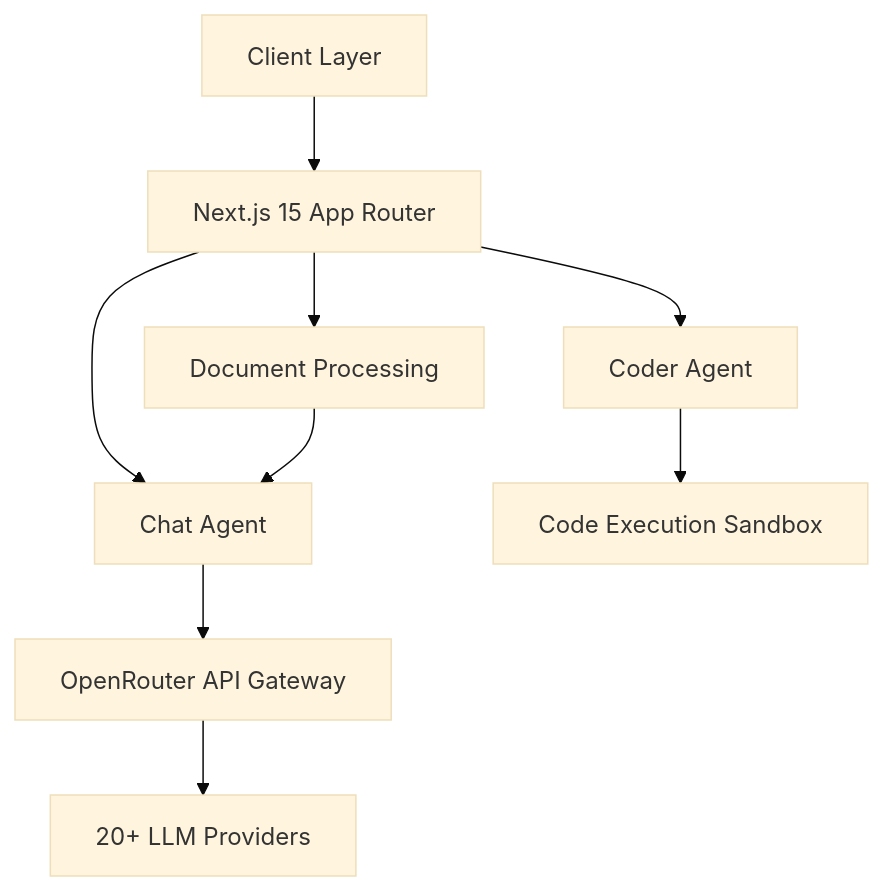
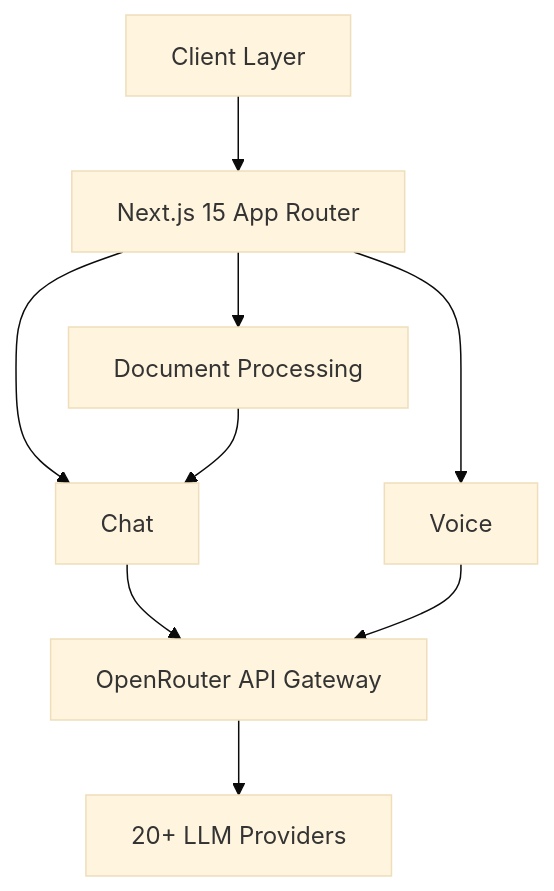
The diagram in README.md (Suryanshu-Nabheet/AiBoT), drawn with Mermaid (base theme) before and after one commit. The commit also changed other lines of this file and 32 other files, not shown here.

First line of the commit message:
refactor: remove coder mode and make voice standalone

````diff
--- a/README.md
+++ b/README.md
@@ -28,11 +28,11 @@
 ```mermaid
 graph TB
     A[Client Layer] --> B[Next.js 15 App Router]
-    B --> C[Chat Agent]
-    B --> D[Coder Agent]
-    B --> E[Document Processing]
+    B --> C[Chat]
+    B --> D[Document Processing]
+    B --> E[Voice]
     C --> F[OpenRouter API Gateway]
-    D --> G[Code Execution Sandbox]
-    E --> C
+    D --> C
+    E --> F
     F --> I[20+ LLM Providers]
 ```
````
